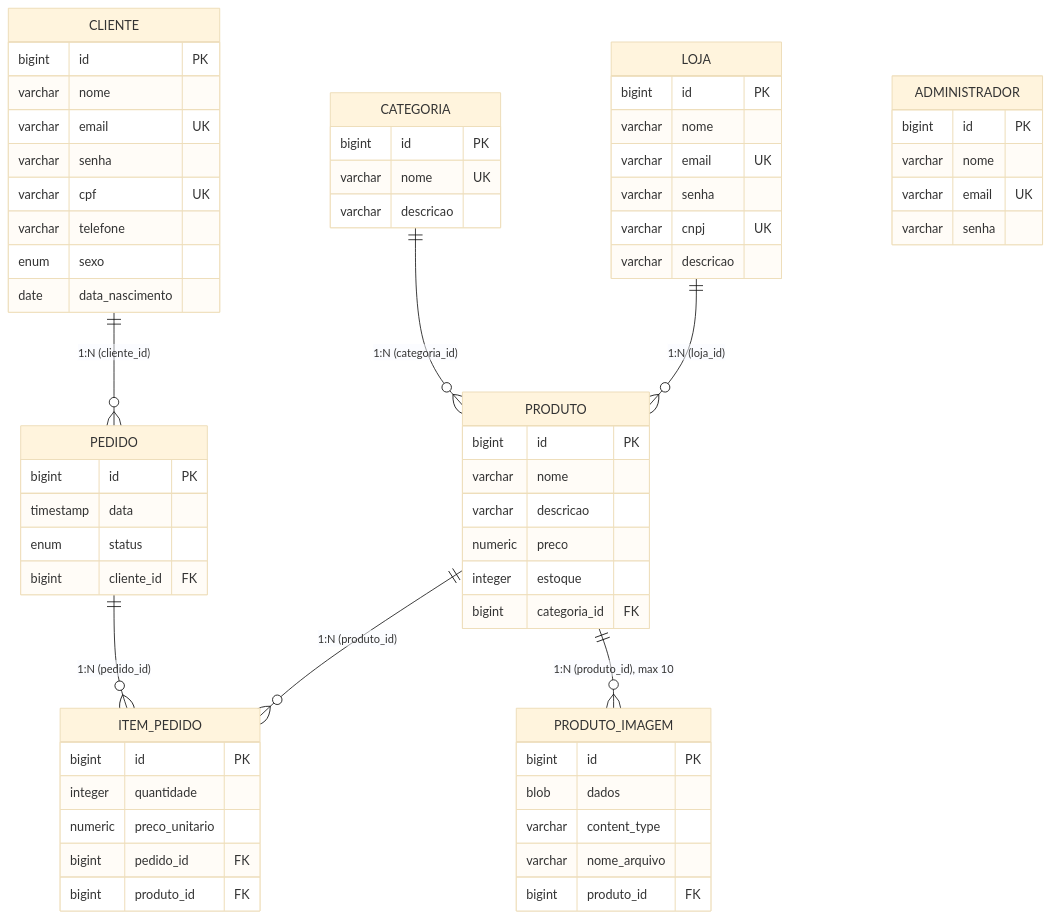
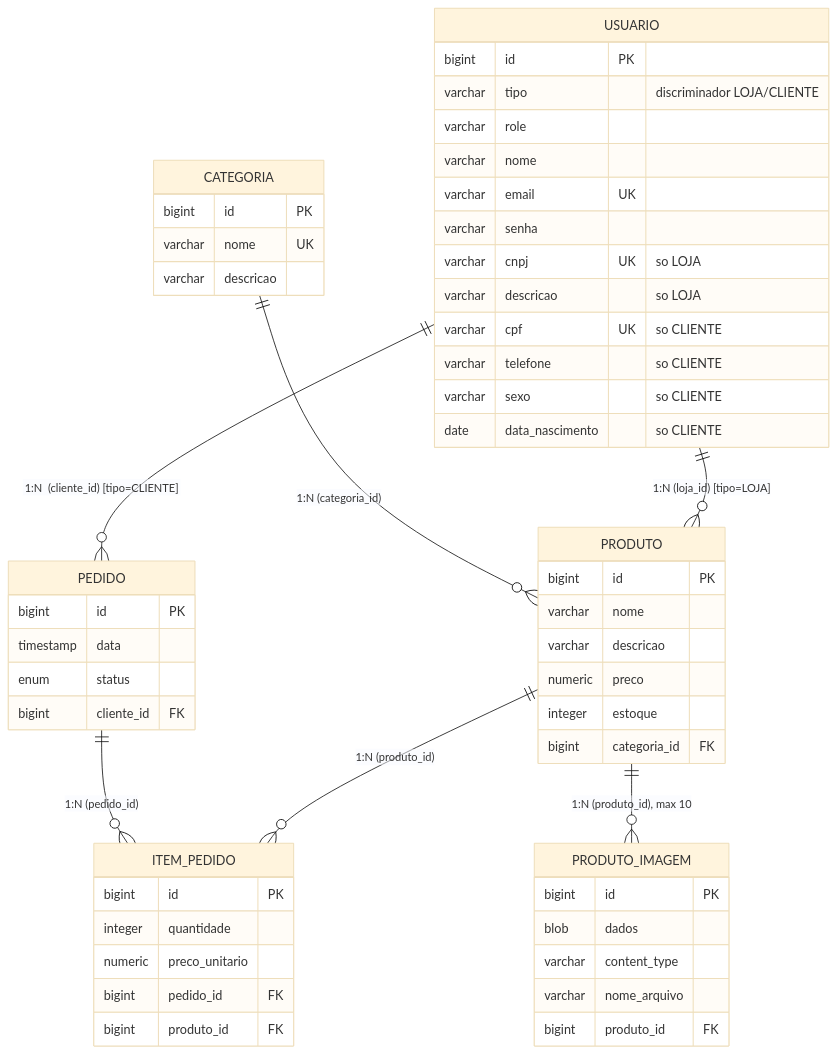
The diagram in MAPEAMENTO-JPA.md (carlosamn-comp/loja-web), drawn with Mermaid (base theme) before and after one commit. The commit also changed other lines of this file and 11 other files, not shown here.

First line of the commit message:
refactor: heranca JPA (Usuario -> Loja/Cliente) e admin fixo no codigo

````diff
--- a/MAPEAMENTO-JPA.md
+++ b/MAPEAMENTO-JPA.md
@@ -10,67 +10,57 @@
 ```mermaid
 erDiagram
     CATEGORIA  ||--o{ PRODUTO         : "1:N  (categoria_id)"
-    LOJA       ||--o{ PRODUTO         : "1:N  (loja_id)"
-    CLIENTE    ||--o{ PEDIDO          : "1:N  (cliente_id)"
+    USUARIO    ||--o{ PRODUTO         : "1:N  (loja_id) [tipo=LOJA]"
+    USUARIO    ||--o{ PEDIDO          : "1:N  (cliente_id) [tipo=CLIENTE]"
     PEDIDO     ||--o{ ITEM_PEDIDO     : "1:N  (pedido_id)"
     PRODUTO    ||--o{ ITEM_PEDIDO     : "1:N  (produto_id)"
     PRODUTO    ||--o{ PRODUTO_IMAGEM  : "1:N  (produto_id), max 10"
 
-    ADMINISTRADOR {
+    USUARIO {
         bigint id PK
+        varchar tipo "discriminador LOJA/CLIENTE"
+        varchar role
         varchar nome
         varchar email UK
         varchar senha
-    }
-    LOJA {
-        bigint id PK
-        varchar nome
-        varchar email UK
-        varchar senha
-        varchar cnpj UK
-        varchar descricao
-    }
-    CLIENTE {
-        bigint id PK
-        varchar nome
-        varchar email UK
-        varchar senha
-        varchar cpf UK
-        varchar telefone
-        enum sexo
-        date data_nascimento
+        varchar cnpj UK "so LOJA"
+        varchar descricao "so LOJA"
+        varchar cpf UK "so CLIENTE"
+        varchar telefone "so CLIENTE"
+        varchar sexo "so CLIENTE"
+        date data_nascimento "so CLIENTE"
     }
     CATEGORIA {
         bigint id PK
         varchar nome UK
         varchar descricao
     }
     PRODUTO {
         bigint id PK
         varchar nome
         varchar descricao
         numeric preco
         integer estoque
         bigint categoria_id FK
     }
     PEDIDO {
         bigint id PK
         timestamp data
         enum status
         bigint cliente_id FK
     }
     ITEM_PEDIDO {
         bigint id PK
         integer quantidade
         numeric preco_unitario
         bigint pedido_id FK
         bigint produto_id FK
     }
     PRODUTO_IMAGEM {
         bigint id PK
         blob dados
         varchar content_type
         varchar nome_arquivo
         bigint produto_id FK
     }
 ```
````
